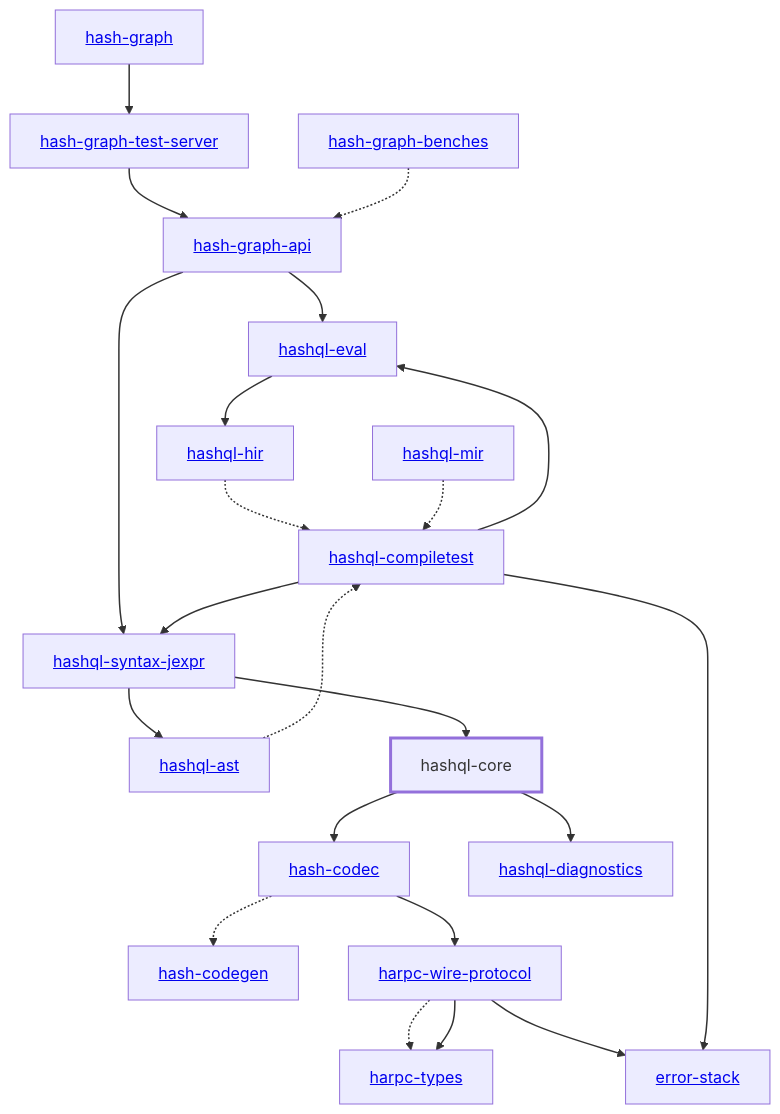
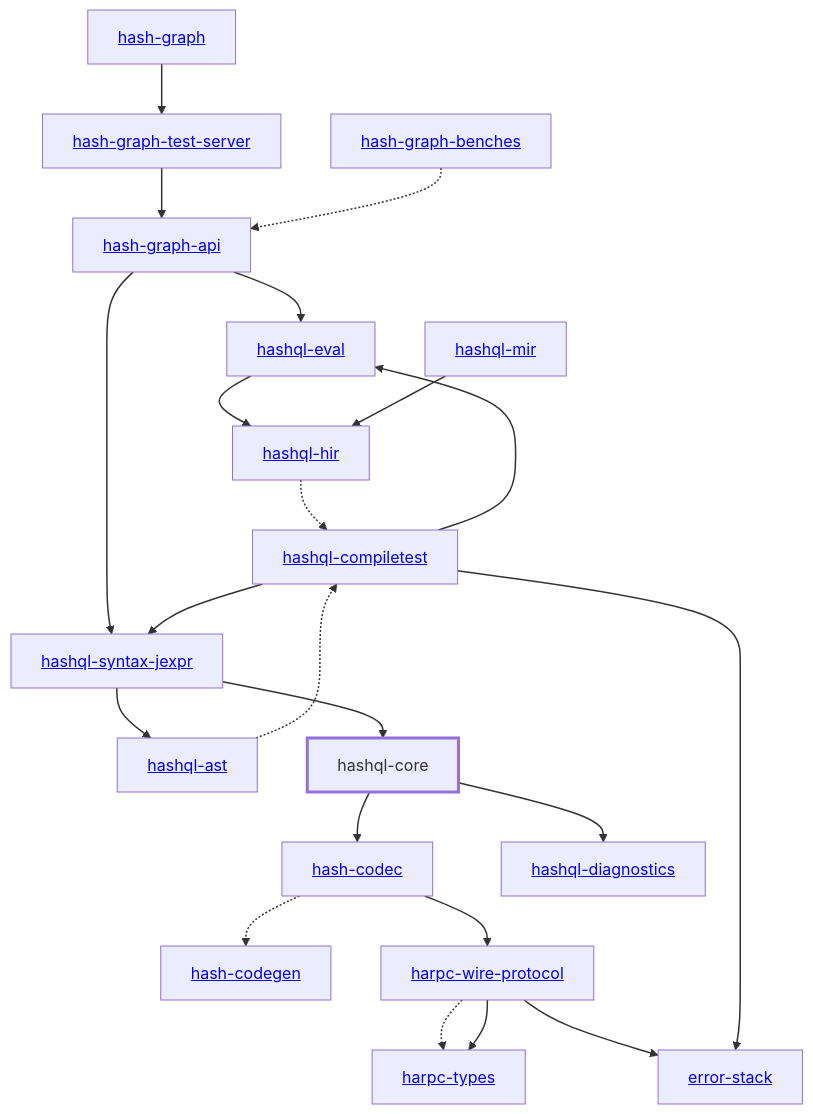
One commit to hashintel/hash changed the diagram in libs/@local/hashql/core/docs/dependency-diagram.mmd. Above: the diagram before and after it, drawn with Mermaid. The commit also changed 18 other files, not shown here.

Commit message:
chore: update diagrams

```diff
--- a/libs/@local/hashql/core/docs/dependency-diagram.mmd
+++ b/libs/@local/hashql/core/docs/dependency-diagram.mmd
@@ -1,49 +1,49 @@
 graph TD
     linkStyle default stroke-width:1.5px
     classDef default stroke-width:1px
     classDef root stroke-width:3px
     classDef dev stroke-width:1px
     classDef build stroke-width:1px
     %% Legend
     %% --> : Normal dependency
     %% -.-> : Dev dependency
     %% ---> : Build dependency
     0[<a href="../hash_graph/index.html">hash-graph</a>]
     1[<a href="../hash_codec/index.html">hash-codec</a>]
     2[<a href="../hash_codegen/index.html">hash-codegen</a>]
     3[<a href="../hash_graph_api/index.html">hash-graph-api</a>]
     4[<a href="../hash_graph_test_server/index.html">hash-graph-test-server</a>]
     5[<a href="../harpc_types/index.html">harpc-types</a>]
     6[<a href="../harpc_wire_protocol/index.html">harpc-wire-protocol</a>]
     7[<a href="../hashql_ast/index.html">hashql-ast</a>]
     8[<a href="../hashql_compiletest/index.html">hashql-compiletest</a>]
     9[hashql-core]
     class 9 root
     10[<a href="../hashql_diagnostics/index.html">hashql-diagnostics</a>]
     11[<a href="../hashql_eval/index.html">hashql-eval</a>]
     12[<a href="../hashql_hir/index.html">hashql-hir</a>]
     13[<a href="../hashql_mir/index.html">hashql-mir</a>]
     14[<a href="../hashql_syntax_jexpr/index.html">hashql-syntax-jexpr</a>]
     15[<a href="../error_stack/index.html">error-stack</a>]
     16[<a href="../hash_graph_benches/index.html">hash-graph-benches</a>]
     0 --> 4
     1 -.-> 2
     1 --> 6
     3 --> 11
     3 --> 14
     4 --> 3
     6 -.-> 5
     6 --> 5
     6 --> 15
     7 -.-> 8
     8 --> 11
     8 --> 14
     8 --> 15
     9 --> 1
     9 --> 10
     11 --> 12
     12 -.-> 8
-    13 -.-> 8
+    13 --> 12
     14 --> 7
     14 --> 9
     16 -.-> 3
```
